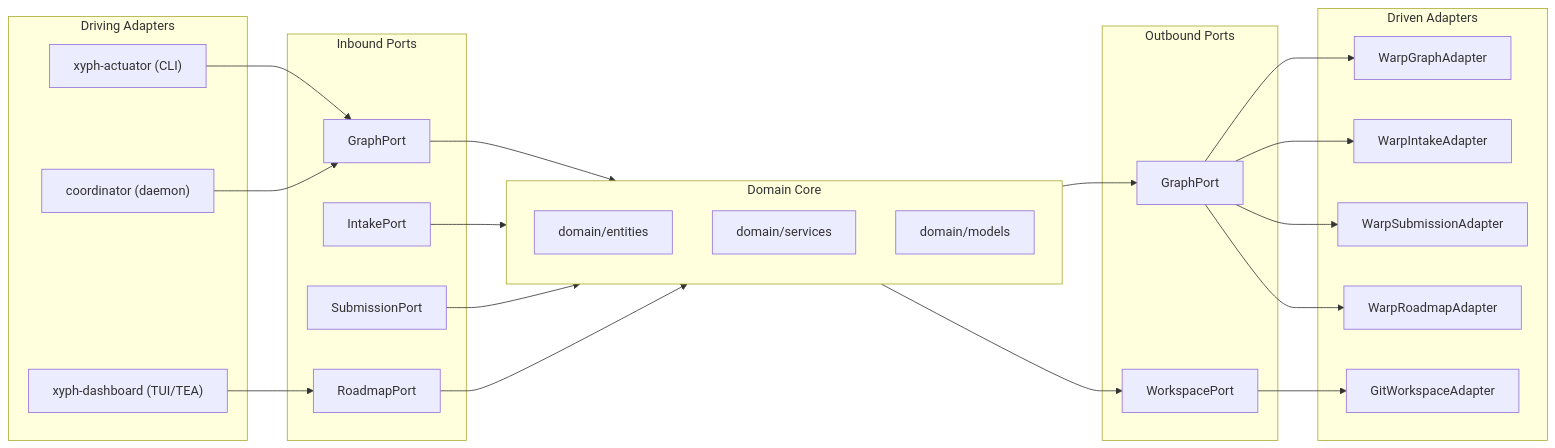
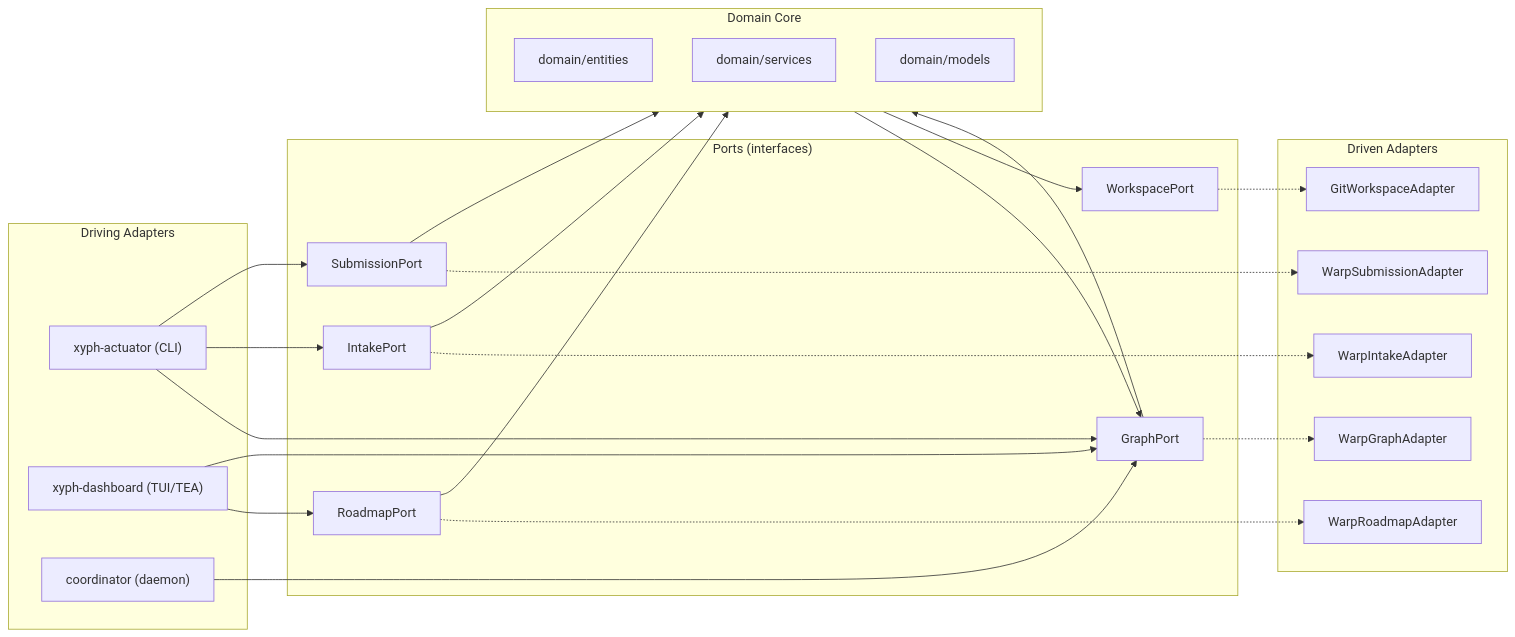
The diagram in docs/canonical/ARCHITECTURE.md (flyingrobots/xyph), drawn with Mermaid before and after one commit. The commit also changed 8 other files, not shown here.

First line of the commit message:
fix: resolve review findings in Mermaid diagrams (WVR-006)

````diff
--- a/docs/canonical/ARCHITECTURE.md
+++ b/docs/canonical/ARCHITECTURE.md
@@ -19,52 +19,51 @@
 ```mermaid
 graph LR
     subgraph Driving["Driving Adapters"]
         CLI["xyph-actuator (CLI)"]
         TUI["xyph-dashboard (TUI/TEA)"]
         DAEMON["coordinator (daemon)"]
     end
 
-    subgraph Ports_In["Inbound Ports"]
-        GP_IN["GraphPort"]
+    subgraph Ports["Ports (interfaces)"]
+        GP["GraphPort"]
         IP["IntakePort"]
         SP["SubmissionPort"]
         RP["RoadmapPort"]
+        WP["WorkspacePort"]
     end
 
     subgraph Domain["Domain Core"]
         ENT["domain/entities"]
         SVC["domain/services"]
         MOD["domain/models"]
-    end
-
-    subgraph Ports_Out["Outbound Ports"]
-        GP_OUT["GraphPort"]
-        WP["WorkspacePort"]
     end
 
     subgraph Driven["Driven Adapters"]
         WGA["WarpGraphAdapter"]
         WIA["WarpIntakeAdapter"]
         WSA["WarpSubmissionAdapter"]
         WRA["WarpRoadmapAdapter"]
         GWA["GitWorkspaceAdapter"]
     end
 
-    CLI --> GP_IN
+    CLI --> GP
+    CLI --> IP
+    CLI --> SP
     TUI --> RP
-    DAEMON --> GP_IN
+    TUI --> GP
+    DAEMON --> GP
 
-    GP_IN --> Domain
+    GP --> Domain
     IP --> Domain
     SP --> Domain
     RP --> Domain
 
-    Domain --> GP_OUT
+    Domain --> GP
     Domain --> WP
 
-    GP_OUT --> WGA
-    GP_OUT --> WIA
-    GP_OUT --> WSA
-    GP_OUT --> WRA
-    WP --> GWA
+    GP -.-> WGA
+    IP -.-> WIA
+    SP -.-> WSA
+    RP -.-> WRA
+    WP -.-> GWA
 ```
````
